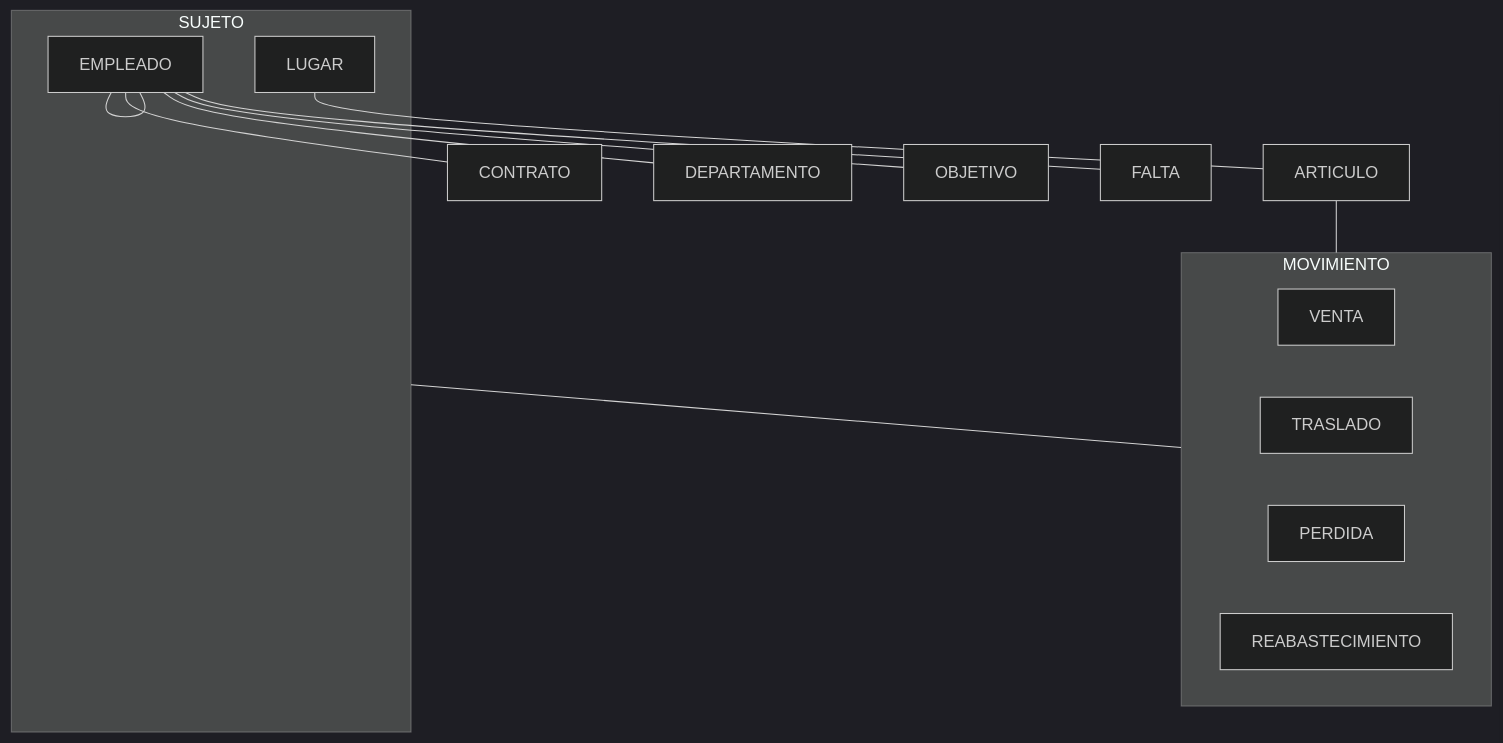
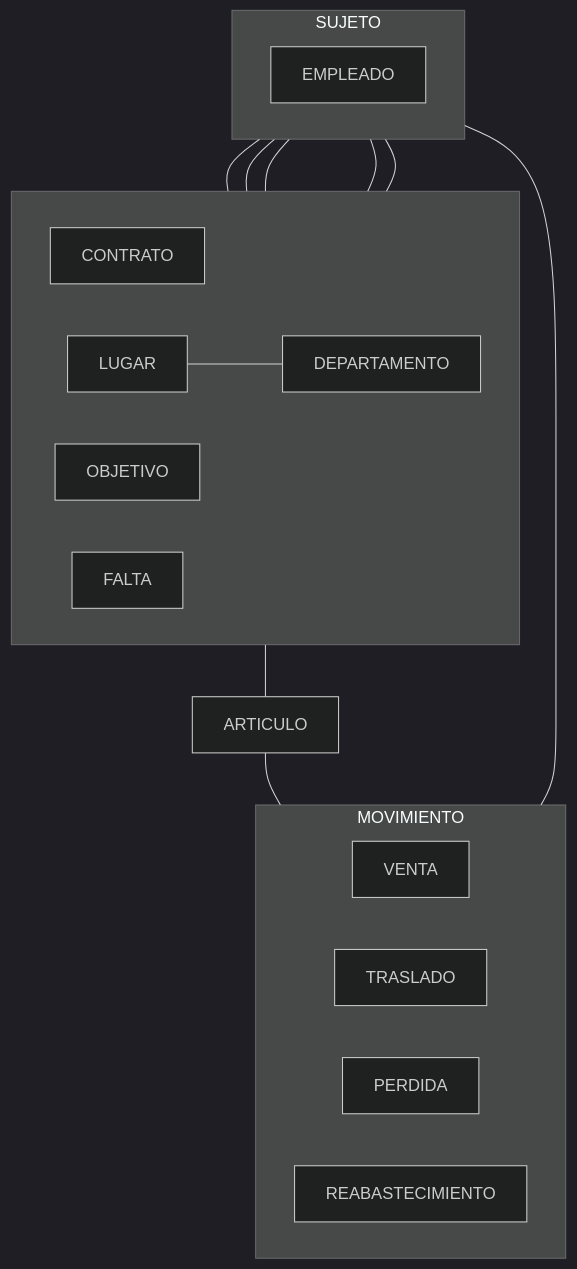
Before and after one commit to Rarity03/docs: the second of 5 diagrams in README.md, drawn with Mermaid (dark theme). The commit also changed other lines of this file, not shown here.

Commit message:
Arreglos al analizis de RH

````diff
--- a/README.md
+++ b/README.md
@@ -86,24 +87,35 @@
 ```mermaid
-graph
-EMPLEADO---EMPLEADO
-EMPLEADO---CONTRATO
-EMPLEADO---DEPARTAMENTO
-EMPLEADO---OBJETIVO
-EMPLEADO---FALTA
-
-LUGAR---ARTICULO;    
-    SUJETO---MOVIMIENTO;
-    ARTICULO---MOVIMIENTO;
+flowchart TB
+    subgraph id[ ]
+        direction RL
+        CONTRATO
+        DEPARTAMENTO
+        OBJETIVO
+        FALTA
+        LUGAR
+    end
+    
     subgraph MOVIMIENTO
         VENTA
         TRASLADO
         PERDIDA
         REABASTECIMIENTO
     end
-
     subgraph SUJETO
+        direction LR
         EMPLEADO
         LUGAR
     end
+    
+    LUGAR---ARTICULO;    
+    SUJETO---MOVIMIENTO;
+    ARTICULO---MOVIMIENTO;
+    
+    EMPLEADO---CONTRATO
+    EMPLEADO---DEPARTAMENTO
+    EMPLEADO---OBJETIVO
+    EMPLEADO---FALTA
+    EMPLEADO---LUGAR
+    DEPARTAMENTO---LUGAR
 
 ```
````
